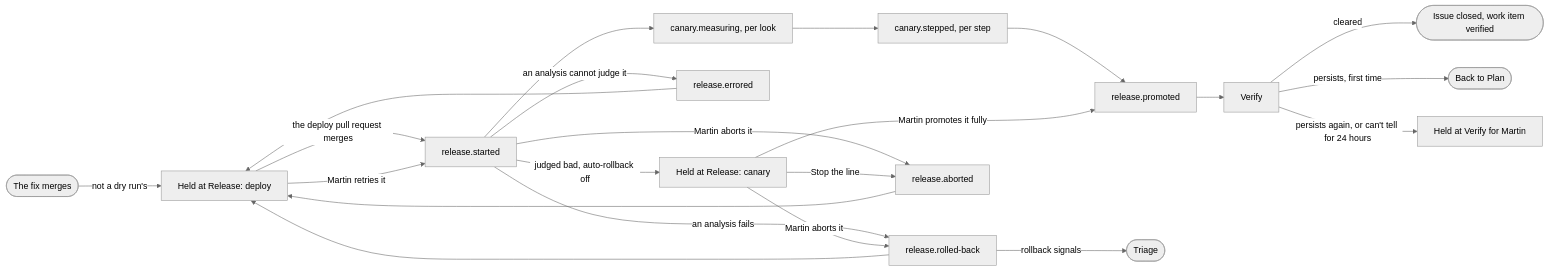
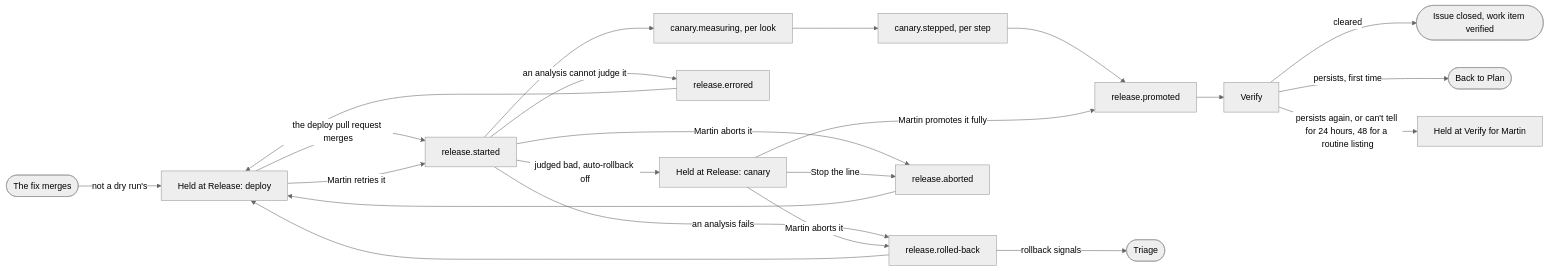
Before and after one commit to the-roganator/cv-software-factory: the diagram in docs/COMPONENTS/RELEASE-AND-VERIFY.md, drawn with Mermaid (neutral theme). The commit also changed other lines of this file and 93 other files, not shown here.

````diff
--- a/docs/COMPONENTS/RELEASE-AND-VERIFY.md
+++ b/docs/COMPONENTS/RELEASE-AND-VERIFY.md
@@ -9,24 +9,24 @@
 ```mermaid
 flowchart LR
   merged([The fix merges]) -- "not a dry run's" --> held[Held at Release: deploy]
   held -- the deploy pull request merges --> started[release.started]
   started --> measuring[canary.measuring, per look]
   measuring --> stepped[canary.stepped, per step]
   stepped --> promoted[release.promoted]
   started -- "an analysis fails" --> rolledback[release.rolled-back]
   started -- "an analysis cannot judge it" --> errored[release.errored]
   started -- "Martin aborts it" --> aborted[release.aborted]
   started -- "judged bad, auto-rollback off" --> paused[Held at Release: canary]
   paused -- "Martin promotes it fully" --> promoted
   paused -- "Martin aborts it" --> rolledback
   paused -- "Stop the line" --> aborted
   rolledback -- rollback signals --> triage([Triage])
   rolledback --> held
   errored --> held
   aborted --> held
   held -- "Martin retries it" --> started
   promoted --> verify[Verify]
   verify -- cleared --> closed([Issue closed, work item verified])
   verify -- persists, first time --> plan([Back to Plan])
-  verify -- "persists again, or can't tell for 24 hours" --> hold[Held at Verify for Martin]
+  verify -- "persists again, or can't tell for 24 hours, 48 for a routine listing" --> hold[Held at Verify for Martin]
 ```
````
